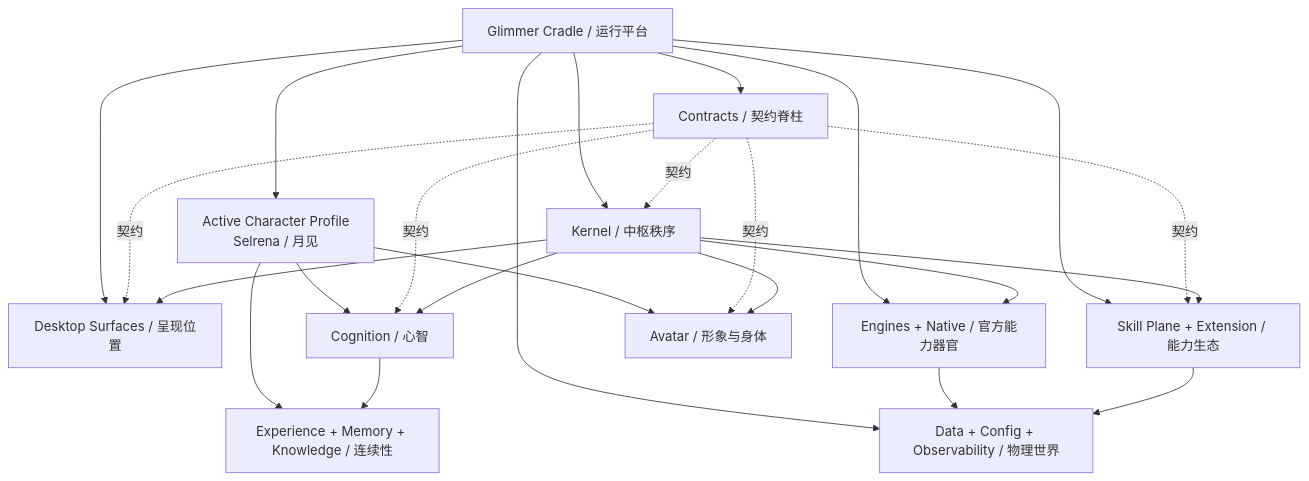
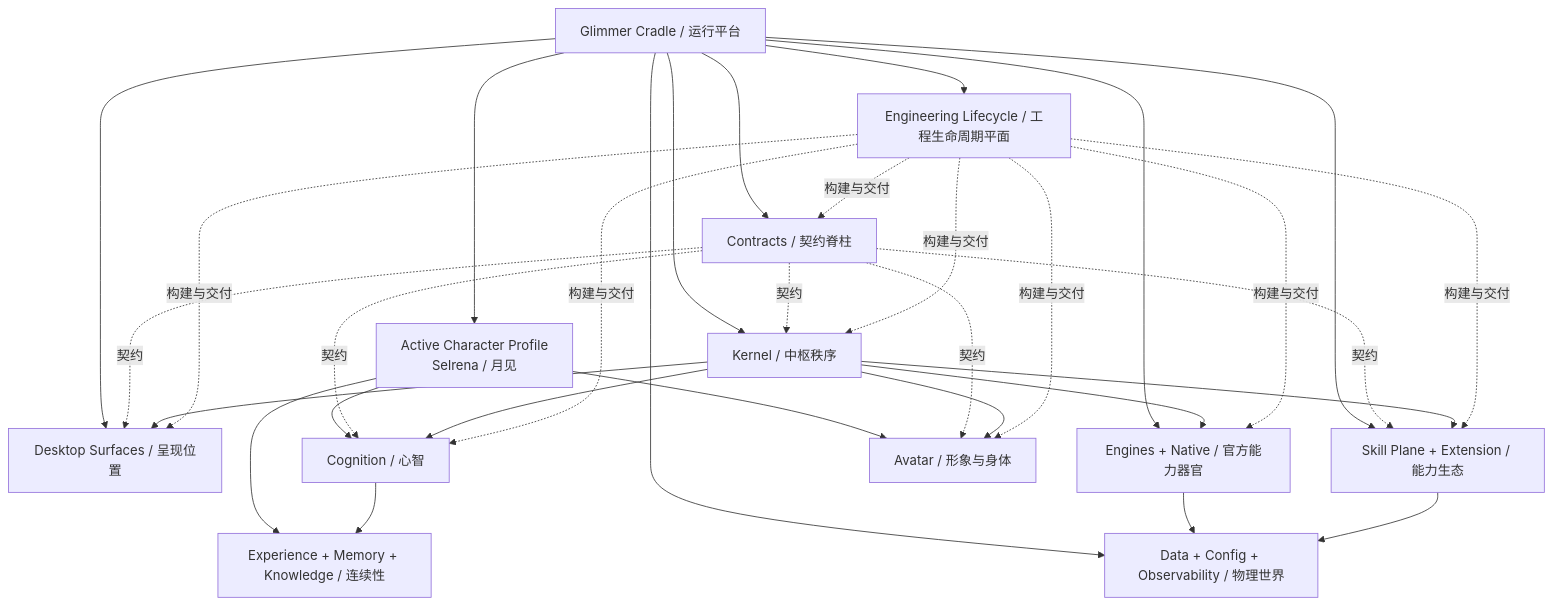
The first of 4 diagrams in docs/architecture/blueprint/微光摇篮架构蓝图.md (lociere/glimmer-cradle), drawn with Mermaid before and after one commit. The commit also changed other lines of this file and 9 other files, not shown here.

````diff
--- a/docs/architecture/blueprint/微光摇篮架构蓝图.md
+++ b/docs/architecture/blueprint/微光摇篮架构蓝图.md
@@ -134,30 +137,38 @@
 ```mermaid
 flowchart TB
   Platform[Glimmer Cradle / 运行平台]
   Character[Active Character Profile<br/>Selrena / 月见]
 
   Platform --> Character
   Platform --> Kernel[Kernel / 中枢秩序]
   Platform --> Surfaces[Desktop Surfaces / 呈现位置]
   Platform --> Engines[Engines + Native / 官方能力器官]
   Platform --> Eco[Skill Plane + Extension / 能力生态]
   Platform --> Contracts[Contracts / 契约脊柱]
   Platform --> Data[Data + Config + Observability / 物理世界]
+  Platform --> Lifecycle[Engineering Lifecycle / 工程生命周期平面]
   Character --> Cognition[Cognition / 心智]
   Character --> Memory[Experience + Memory + Knowledge / 连续性]
   Character --> Avatar[Avatar / 形象与身体]
 
   Contracts -.契约.-> Kernel
   Contracts -.契约.-> Cognition
   Contracts -.契约.-> Avatar
   Contracts -.契约.-> Surfaces
   Contracts -.契约.-> Eco
   Kernel --> Cognition
   Kernel --> Avatar
   Kernel --> Surfaces
   Kernel --> Engines
   Kernel --> Eco
   Cognition --> Memory
   Engines --> Data
   Eco --> Data
+  Lifecycle -.构建与交付.-> Contracts
+  Lifecycle -.构建与交付.-> Kernel
+  Lifecycle -.构建与交付.-> Cognition
+  Lifecycle -.构建与交付.-> Avatar
+  Lifecycle -.构建与交付.-> Surfaces
+  Lifecycle -.构建与交付.-> Engines
+  Lifecycle -.构建与交付.-> Eco
 ```
````
